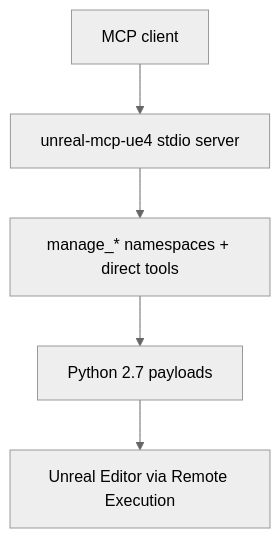
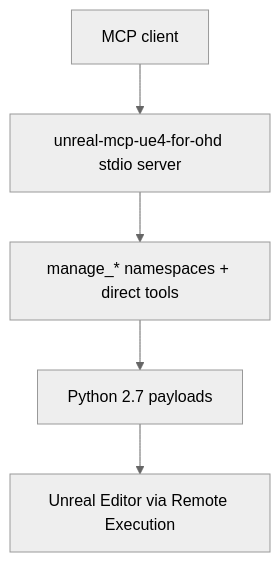
The diagram in README.md (RibatTRW/unreal-mcp-ue4-for-OHD), drawn with Mermaid (neutral theme) before and after one commit. The commit also changed other lines of this file and 6 other files, not shown here.

First line of the commit message:
fix(server): rename package identity to unreal-mcp-ue4-for-ohd (#62)

````diff
--- a/README.md
+++ b/README.md
@@ -30,7 +30,7 @@
 ```mermaid
 graph TD
-    A[MCP client] --> B[unreal-mcp-ue4 stdio server]
+    A[MCP client] --> B[unreal-mcp-ue4-for-ohd stdio server]
     B --> C[manage_* namespaces + direct tools]
     C --> D[Python 2.7 payloads]
     D --> E[Unreal Editor via Remote Execution]
 ```
````
